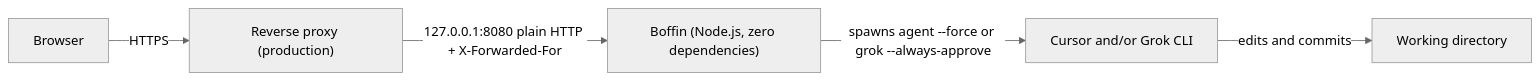
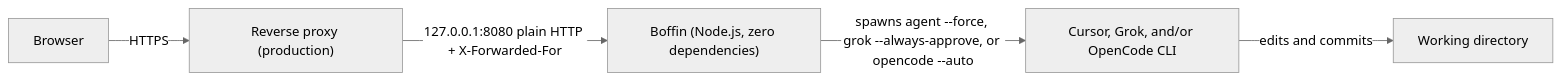
The diagram in boffin/README.md (weakish/vibe), drawn with Mermaid (neutral theme) before and after one commit. The commit also changed other lines of this file and 27 other files, not shown here.

First line of the commit message:
:new: add OpenCode CLI support

````diff
--- a/boffin/README.md
+++ b/boffin/README.md
@@ -9,7 +9,7 @@
 ```mermaid
 flowchart LR
     Browser["Browser"] -->|"HTTPS"| Proxy["Reverse proxy (production)"]
     Proxy -->|"127.0.0.1:8080 plain HTTP + X-Forwarded-For"| Boffin["Boffin (Node.js, zero dependencies)"]
-    Boffin -->|"spawns agent --force or grok --always-approve"| Agent["Cursor and/or Grok CLI"]
+    Boffin -->|"spawns agent --force, grok --always-approve, or opencode --auto"| Agent["Cursor, Grok, and/or OpenCode CLI"]
     Agent -->|"edits and commits"| Workdir["Working directory"]
 ```
````
